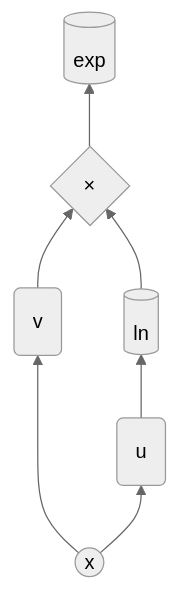
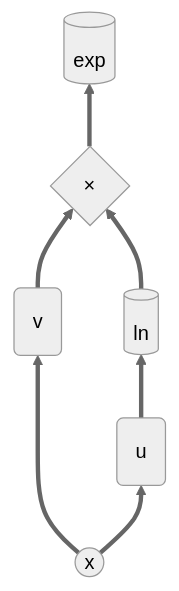
One commit to UnqGit/MathDifferentiator changed the diagram in docs/power-functions/general-power.md. Above: the diagram before and after it, drawn with Mermaid (neutral theme). The commit also changed other lines of this file, not shown here.

````diff
--- a/docs/power-functions/general-power.md
+++ b/docs/power-functions/general-power.md
@@ -5,9 +8,9 @@
 ```mermaid
 graph BT;
-    A((x)) --> B(u);
-    A --> C(v);
-    B --> D[(ln)];
-    C --> E;
-    D --> E{×};
-    E --> F[(exp)];
+    A((x)) ==> B(u);
+    A      ==> C(v);
+    B      ==> D[(ln)];
+    C      ==> E;
+    D      ==> E{×};
+    E      ==> F[(exp)];
 ```
````
